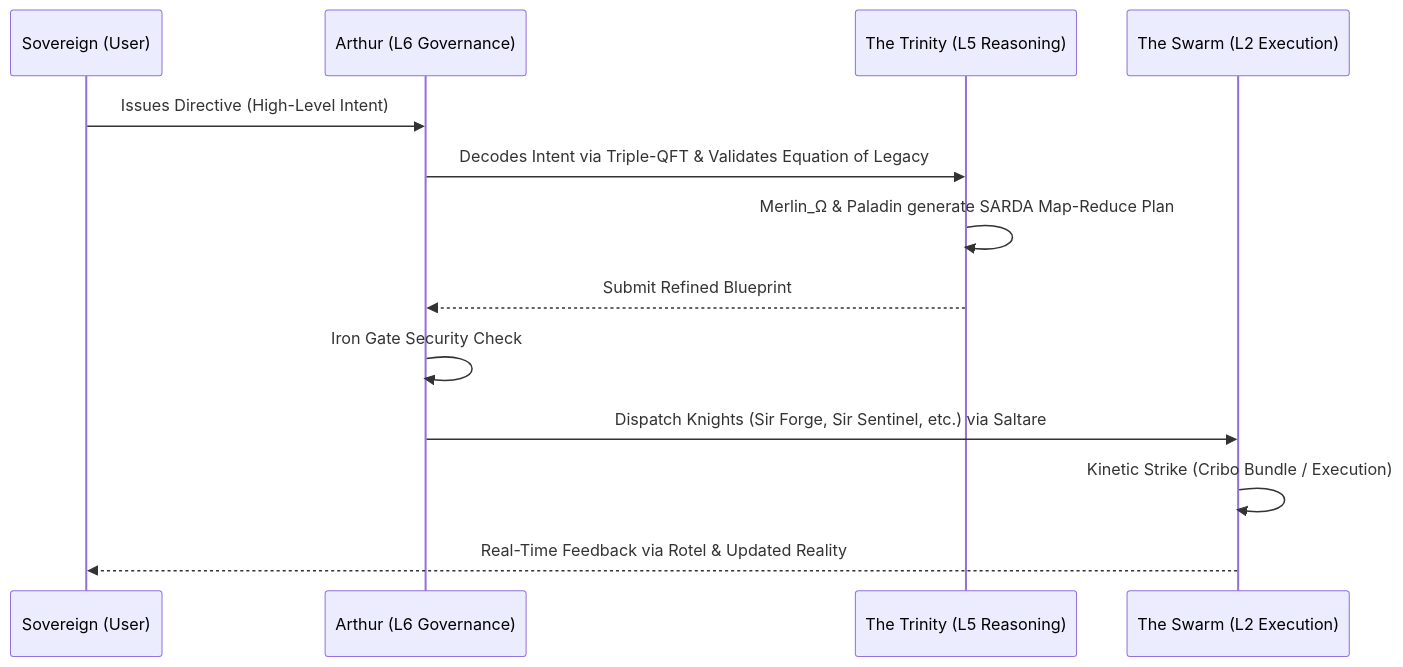
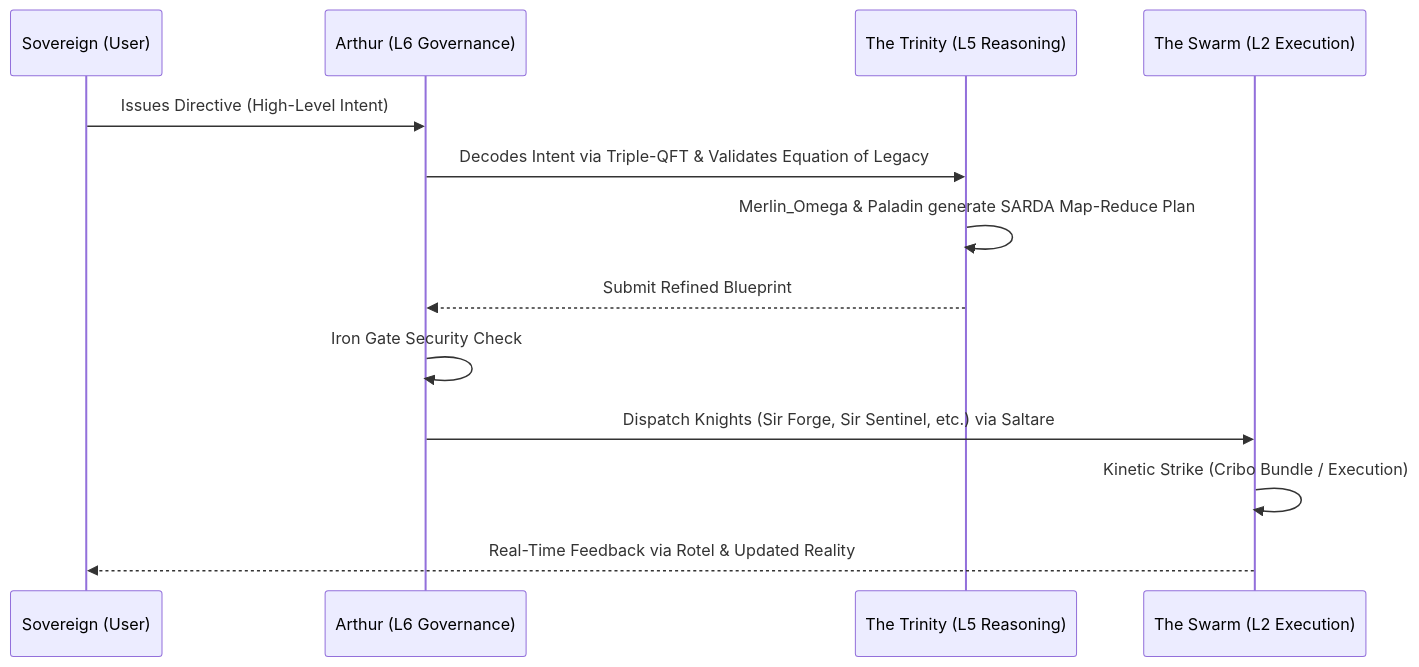
One commit to Cyberdad247/Camelot-Ecosystem changed the diagram in 01_KERNEL/protocols/titan_protocol.md. Above: the diagram before and after it, drawn with Mermaid. The commit also changed other lines of this file and 398 other files, not shown here.

````diff
--- a/01_KERNEL/protocols/titan_protocol.md
+++ b/01_KERNEL/protocols/titan_protocol.md
@@ -14,16 +14,16 @@
 ```mermaid
 sequenceDiagram
     participant S as Sovereign (User)
     participant A as Arthur (L6 Governance)
     participant T as The Trinity (L5 Reasoning)
     participant K as The Swarm (L2 Execution)
     
     S->>A: Issues Directive (High-Level Intent)
     A->>T: Decodes Intent via Triple-QFT & Validates Equation of Legacy
-    T->>T: Merlin_Ω & Paladin generate SARDA Map-Reduce Plan
+    T->>T: Merlin_Omega & Paladin generate SARDA Map-Reduce Plan
     T-->>A: Submit Refined Blueprint
     A->>A: Iron Gate Security Check
     A->>K: Dispatch Knights (Sir Forge, Sir Sentinel, etc.) via Saltare
     K->>K: Kinetic Strike (Cribo Bundle / Execution)
     K-->>S: Real-Time Feedback via Rotel & Updated Reality
 ```
````
